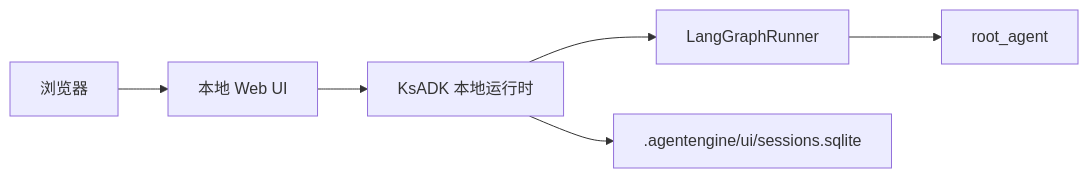
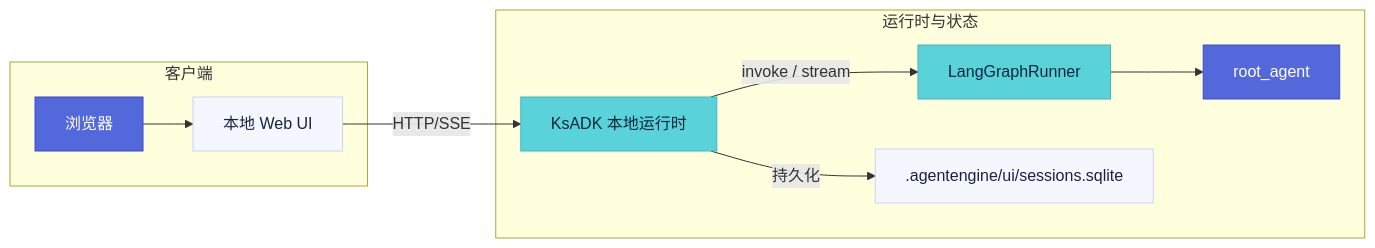
Before and after one commit to kingsoftcloud/ksadk-python: the diagram in docs-site/content/docs/framework/getting-started/quickstart.mdx, drawn with Mermaid. The commit also changed 33 other files, not shown here.

````diff
--- a/docs-site/content/docs/framework/getting-started/quickstart.mdx
+++ b/docs-site/content/docs/framework/getting-started/quickstart.mdx
@@ -159,8 +159,26 @@
 ```mermaid
 flowchart LR
   Browser["浏览器"] --> Web["本地 Web UI"]
-  Web --> Runtime["KsADK 本地运行时"]
-  Runtime --> Runner["LangGraphRunner"]
+  Web -->|HTTP/SSE| Runtime["KsADK 本地运行时"]
+  Runtime -->|invoke / stream| Runner["LangGraphRunner"]
   Runner --> Agent["root_agent"]
-  Runtime --> Store[".agentengine/ui/sessions.sqlite"]
+  Runtime -->|持久化| Store[".agentengine/ui/sessions.sqlite"]
+
+  subgraph client["客户端"]
+    Browser
+    Web
+  end
+  subgraph runtime["运行时与状态"]
+    Runtime
+    Runner
+    Agent
+    Store
+  end
+
+  classDef brand fill:#5368db,stroke:#3b4cc7,color:#fff
+  classDef accent fill:#59d3d9,stroke:#3fb8be,color:#0a2540
+  classDef neutral fill:#f5f7ff,stroke:#c9d2f5,color:#1a2240
+  class Browser,Agent brand
+  class Runtime,Runner accent
+  class Web,Store neutral
 ```
````
